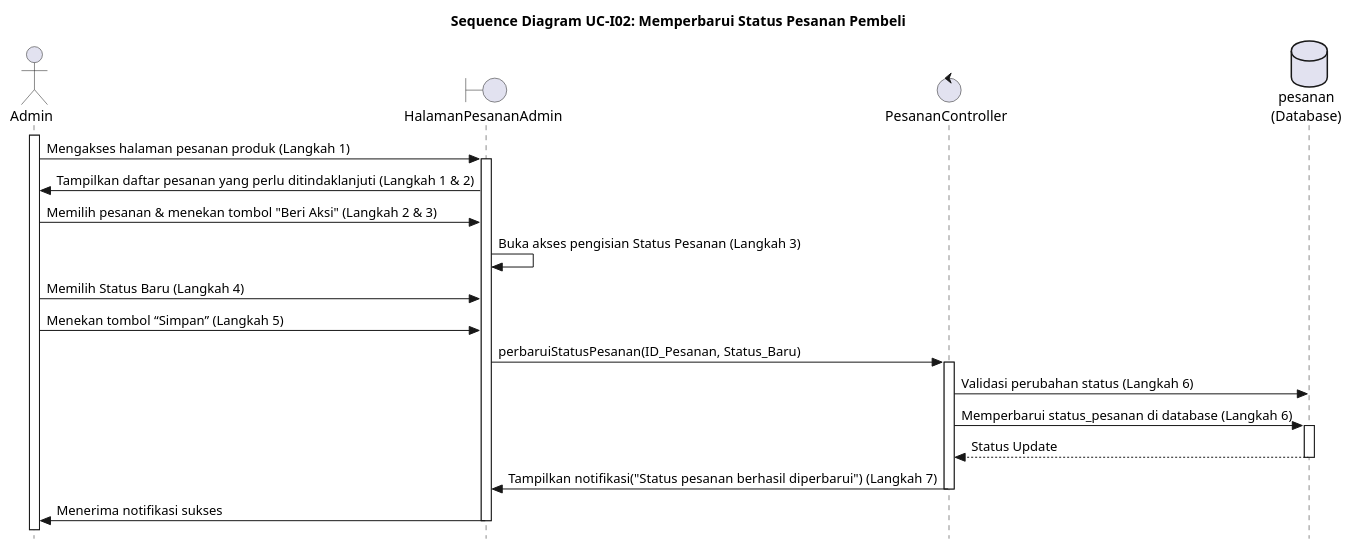
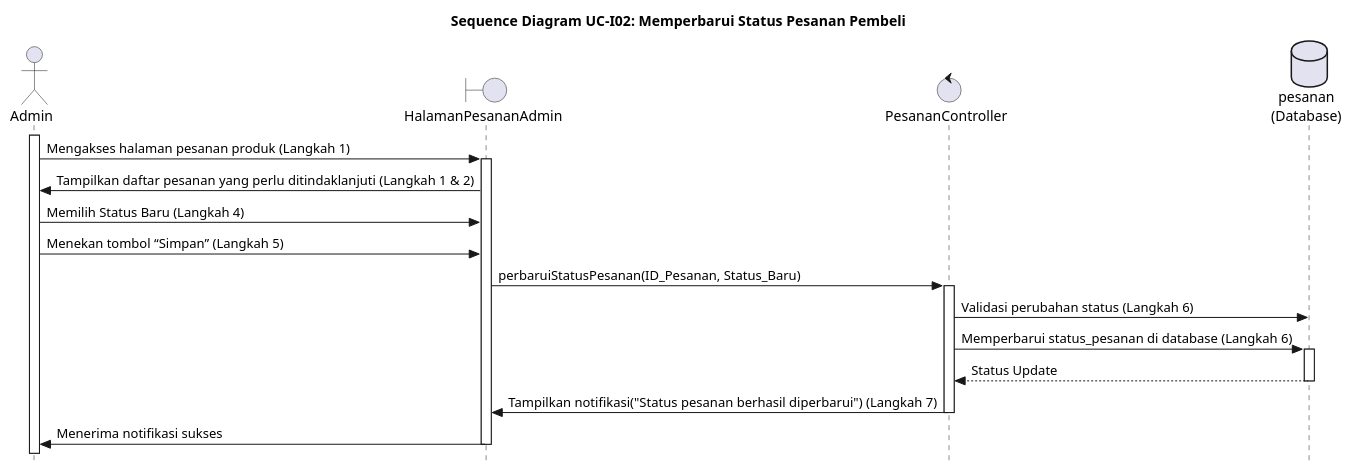
One commit to alfiahnurfa/RSI-PROYEK-AKHIR-SEQUENCE changed the diagram in UC-I02.PUML. Above: the diagram before and after it, drawn with PlantUML. The commit also changed 1 other file, not shown here.

```diff
--- a/UC-I02.PUML
+++ b/UC-I02.PUML
@@ -1,64 +1,64 @@
 @startuml SD-UC-IO2_UpdateStatusPesanan
 title Sequence Diagram UC-I02: Memperbarui Status Pesanan Pembeli
 skinparam style strictuml
 
 actor Admin
 boundary HalamanPesananAdmin
 control PesananController
 database pesanan as "pesanan\n(Database)"
 ' participant Notifikasi as "Sistem Notifikasi"
 
 ' box "Sistem Manajemen Pesanan"
 '     participant HalamanPesananAdmin
 '     participant PesananController
 ' end box
 
 activate Admin
 Admin -> HalamanPesananAdmin : Mengakses halaman pesanan produk (Langkah 1)
 activate HalamanPesananAdmin
 
 HalamanPesananAdmin -> Admin : Tampilkan daftar pesanan yang perlu ditindaklanjuti (Langkah 1 & 2)
 
-Admin -> HalamanPesananAdmin : Memilih pesanan & menekan tombol "Beri Aksi" (Langkah 2 & 3)
-HalamanPesananAdmin -> HalamanPesananAdmin : Buka akses pengisian Status Pesanan (Langkah 3)
+' Admin -> HalamanPesananAdmin : Memilih pesanan & menekan tombol "Beri Aksi" (Langkah 2 & 3)
+' HalamanPesananAdmin -> HalamanPesananAdmin : Buka akses pengisian Status Pesanan (Langkah 3)
 
 Admin -> HalamanPesananAdmin : Memilih Status Baru (Langkah 4)
 
 Admin -> HalamanPesananAdmin : Menekan tombol “Simpan” (Langkah 5)
 
 HalamanPesananAdmin -> PesananController : perbaruiStatusPesanan(ID_Pesanan, Status_Baru)
 activate PesananController
 
 PesananController -> pesanan : Validasi perubahan status (Langkah 6)
 
 PesananController -> pesanan : Memperbarui status_pesanan di database (Langkah 6)
 activate pesanan
 return Status Update
 deactivate pesanan
 PesananController -> HalamanPesananAdmin : Tampilkan notifikasi("Status pesanan berhasil diperbarui") (Langkah 7)
     
 ' PesananController -> Notifikasi : Memicu notifikasi status baru kepada Pembeli (Langkah 8)
 ' activate Notifikasi
 ' deactivate Notifikasi
 deactivate PesananController
 
 HalamanPesananAdmin -> Admin : Menerima notifikasi sukses
 
 ' alt Proses Pembaruan Gagal (Alternative Flow 6.a)
 '     note over PesananController
 '         Contoh: Melompat status secara tidak sah
 '     end note
 '     PesananController -> HalamanPesananAdmin : Tampilkan notifikasi("Pembaruan Status Gagal.") (Langkah 7.a)
 '     deactivate PesananController
     
 '     HalamanPesananAdmin -> Admin : Menerima notifikasi gagal
     
 '     note over Admin, HalamanPesananAdmin
 '         Kembali ke Langkah 4 (Langkah 8.a)
 '     end note
 ' else Proses Pembaruan Sukses (Main Flow)
 
 ' end alt
 deactivate HalamanPesananAdmin
 
 @enduml
```
